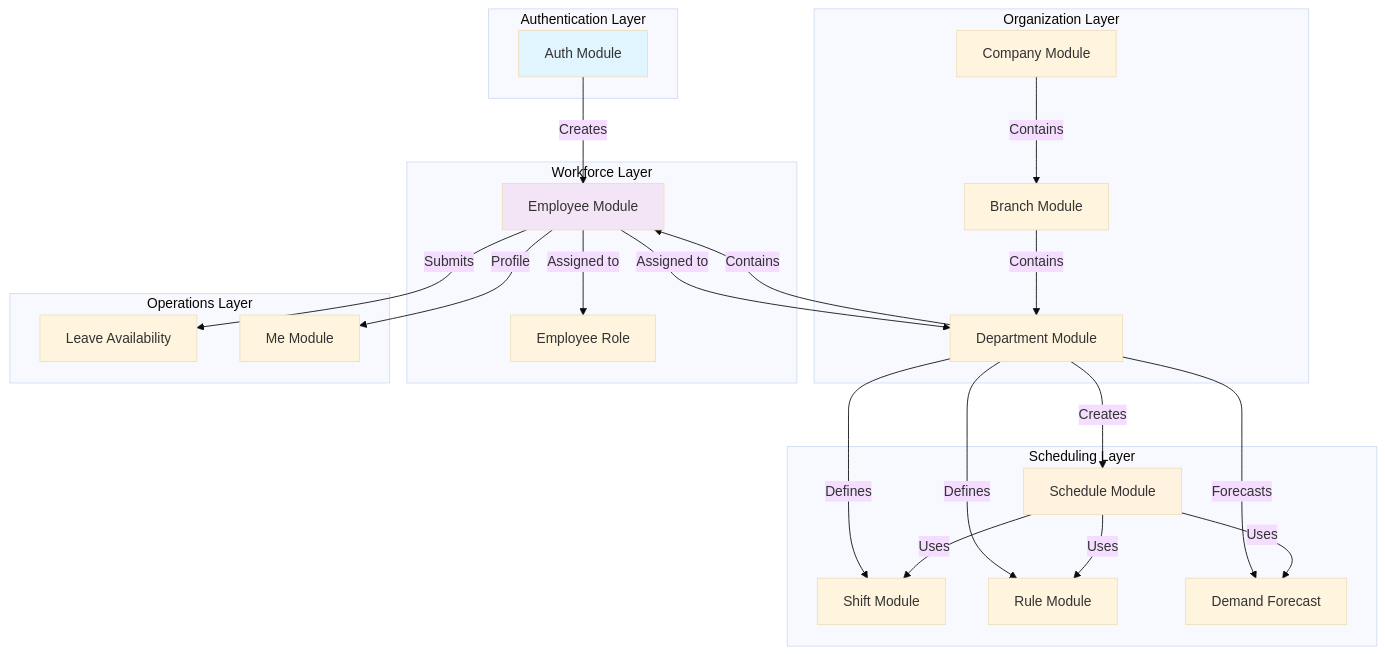
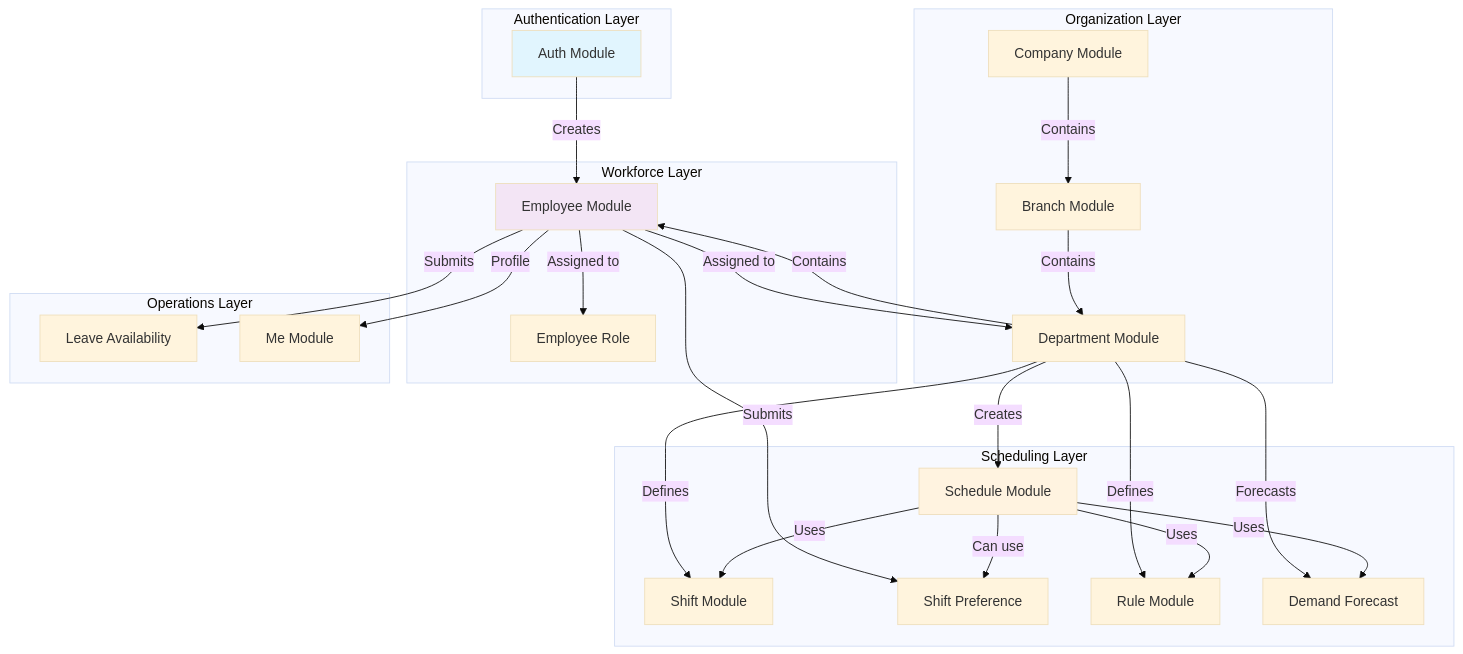
The diagram in docs/modules/README.md (moses1998lee/horaion-documentation), drawn with Mermaid (base theme) before and after one commit. The commit also changed other lines of this file and 11 other files, not shown here.

Commit message:
docs: add shift preference module documentation

````diff
--- a/docs/modules/README.md
+++ b/docs/modules/README.md
@@ -156,49 +167,52 @@
 ```mermaid
 graph TB
     subgraph "Authentication Layer"
         Auth[Auth Module]
     end
     
     subgraph "Organization Layer"
         Company[Company Module]
         Branch[Branch Module]
         Department[Department Module]
     end
     
     subgraph "Workforce Layer"
         Employee[Employee Module]
         EmployeeRole[Employee Role]
     end
     
     subgraph "Scheduling Layer"
         Shift[Shift Module]
+        ShiftPref[Shift Preference]
         Rule[Rule Module]
         Demand[Demand Forecast]
         Schedule[Schedule Module]
     end
     
     subgraph "Operations Layer"
         Leave[Leave Availability]
         Me[Me Module]
     end
     
     Auth -->|Creates| Employee
     Company -->|Contains| Branch
     Branch -->|Contains| Department
     Department -->|Contains| Employee
     Employee -->|Assigned to| EmployeeRole
     Employee -->|Assigned to| Department
     Department -->|Defines| Shift
     Department -->|Defines| Rule
     Department -->|Forecasts| Demand
     Department -->|Creates| Schedule
+    Employee -->|Submits| ShiftPref
     Schedule -->|Uses| Shift
+    Schedule -->|Can use| ShiftPref
     Schedule -->|Uses| Rule
     Schedule -->|Uses| Demand
     Employee -->|Submits| Leave
     Employee -->|Profile| Me
     
     style Auth fill:#e1f5fe
     style Schedule fill:#fff3e0
     style Employee fill:#f3e5f5
 ```
````
